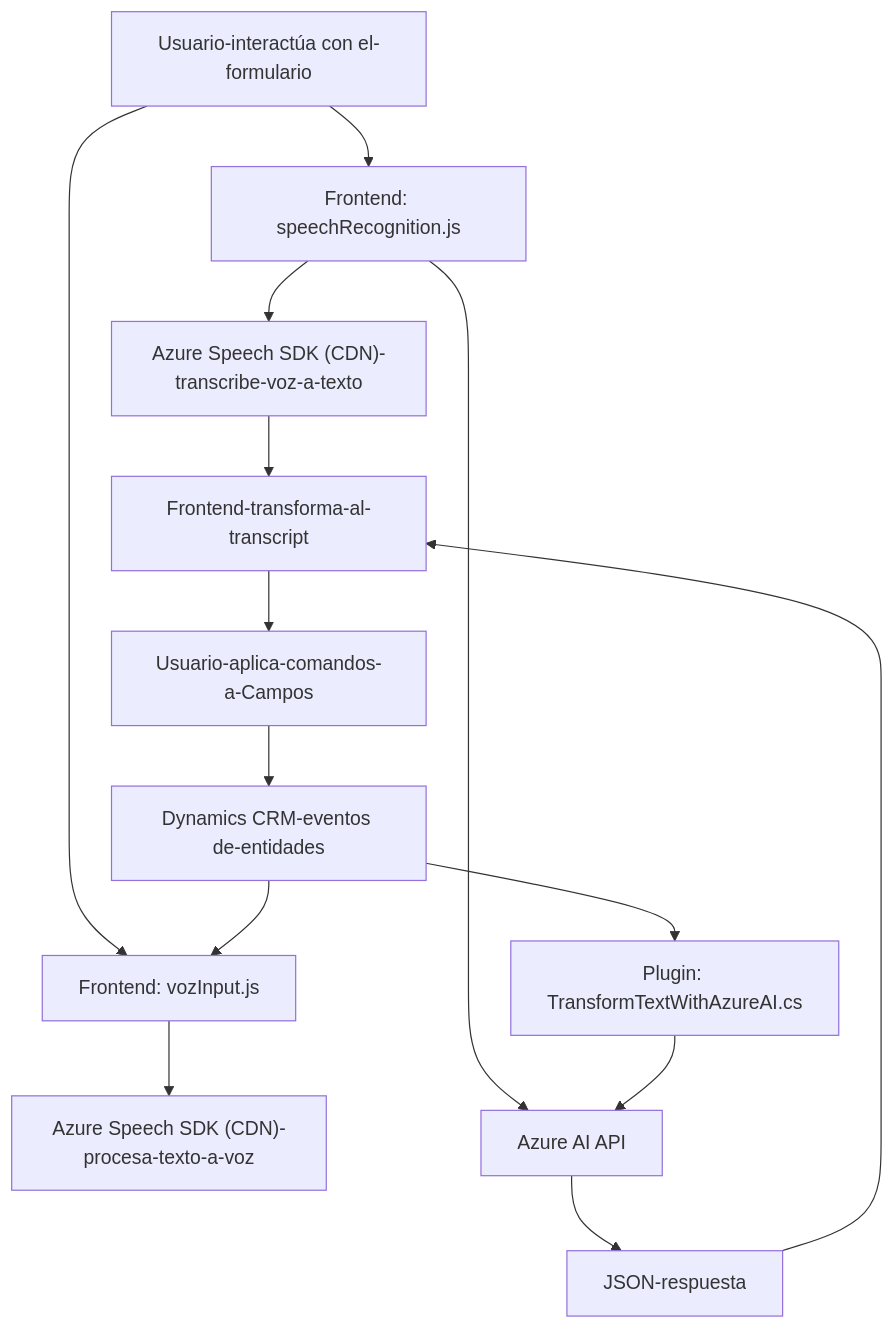
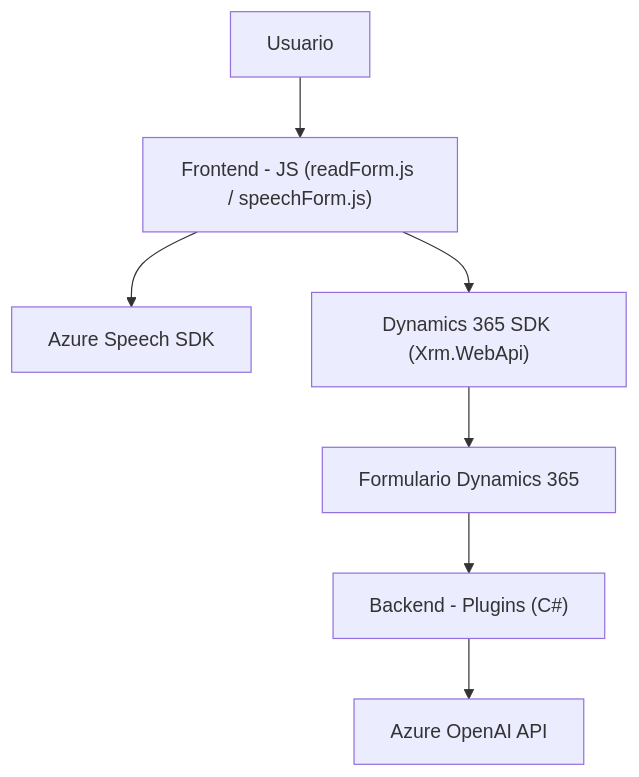
Before and after one commit to blopezdm/NETCORE_BILBAO2025: the diagram in README.md, drawn with Mermaid. The commit also changed other lines of this file, not shown here.

Commit message:
Actualizar análisis global de la solución con IA

````diff
--- a/README.md
+++ b/README.md
@@ -32,16 +62,9 @@
 ```mermaid
 graph TD
-    A["Usuario-interactúa con el-formulario"] --> B["Frontend: vozInput.js"]
-    A --> C["Frontend: speechRecognition.js"]
-    B --> D["Azure Speech SDK (CDN)-procesa-texto-a-voz"]
-    C --> E["Azure Speech SDK (CDN)-transcribe-voz-a-texto"]
-    E --> F["Frontend-transforma-al-transcript"]
-    F --> G["Usuario-aplica-comandos-a-Campos"]
-    C --> H["Azure AI API"]
-    H --> I["JSON-respuesta"]
-    I --> F
-    J["Plugin: TransformTextWithAzureAI.cs"] --> H
-    K["Dynamics CRM-eventos de-entidades"] --> J
-    G --> K
-    K --> B
+    A["Usuario"] --> B["Frontend - JS (readForm.js / speechForm.js)"]
+    B --> C["Azure Speech SDK"]
+    B --> D["Dynamics 365 SDK (Xrm.WebApi)"]
+    D --> E["Formulario Dynamics 365"]
+    E --> F["Backend - Plugins (C#)"]
+    F --> G["Azure OpenAI API"]
 ```
````
